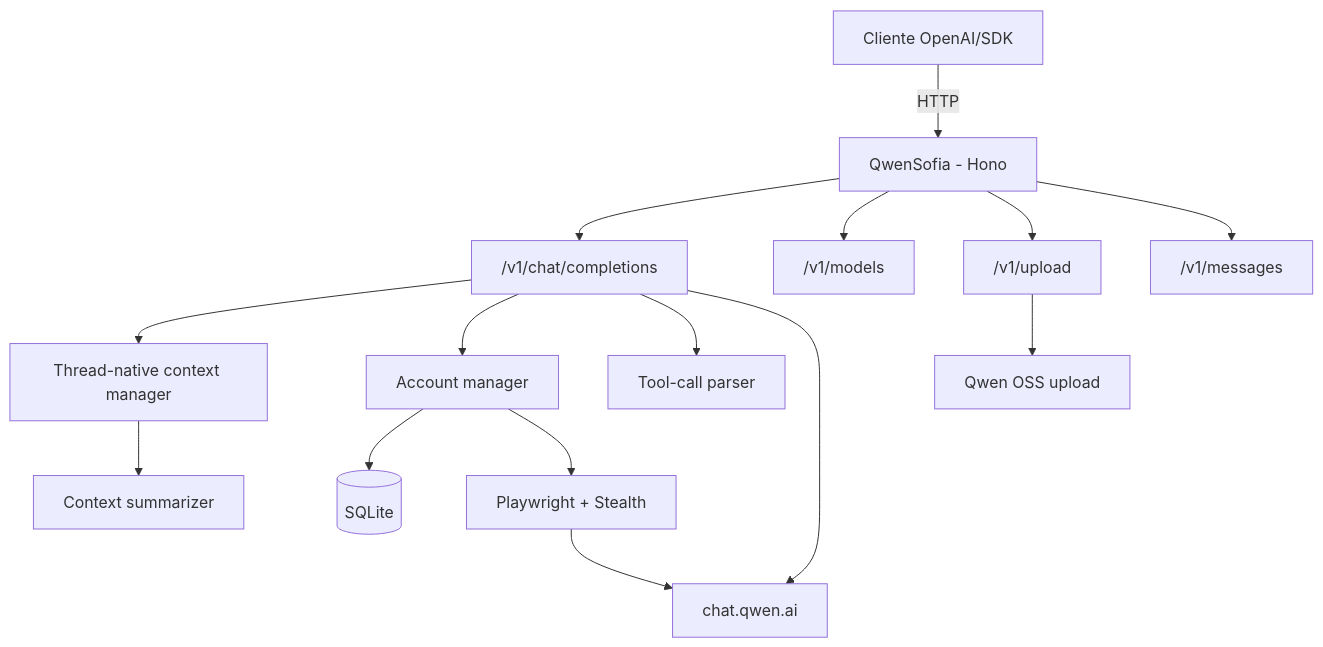
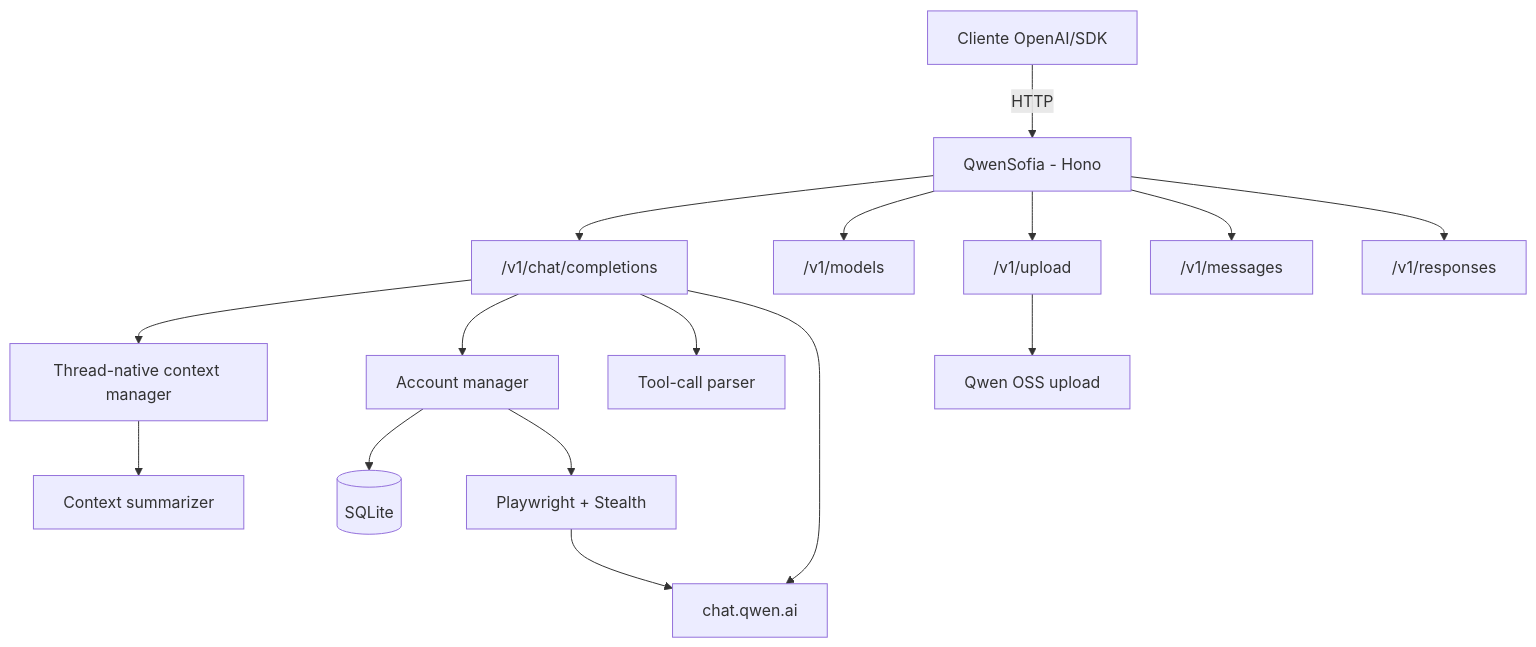
One commit to SNollken/QwenSofia changed the diagram in README.md. Above: the diagram before and after it, drawn with Mermaid. The commit also changed other lines of this file, not shown here.

````diff
--- a/README.md
+++ b/README.md
@@ -70,17 +71,18 @@
 ```mermaid
 flowchart TD
     Client["Cliente OpenAI/SDK"] -->|HTTP| Proxy["QwenSofia - Hono"]
     Proxy --> Chat["/v1/chat/completions"]
     Proxy --> Models["/v1/models"]
     Proxy --> Upload["/v1/upload"]
     Proxy --> Anthropic["/v1/messages"]
+    Proxy --> Responses["/v1/responses"]
     Chat --> Context["Thread-native context manager"]
     Context --> Summary["Context summarizer"]
     Chat --> Accounts["Account manager"]
     Accounts --> DB[("SQLite")]
     Accounts --> Playwright["Playwright + Stealth"]
     Playwright --> Qwen
     Chat --> Parser["Tool-call parser"]
     Chat --> Qwen["chat.qwen.ai"]
     Upload --> OSS["Qwen OSS upload"]
 ```
````
